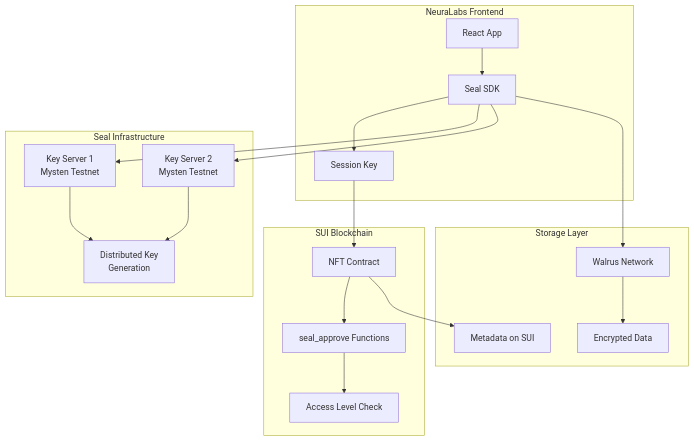
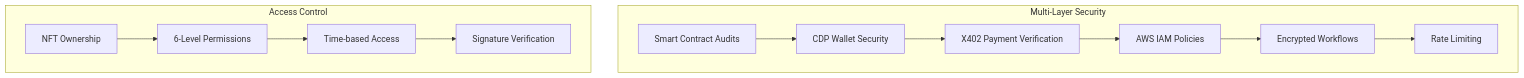
One commit to NeuraLabsHQ/neuralabs-coinbase changed diagram 12 of 12 in readme.md. Above: the diagram before and after it, drawn with Mermaid. The commit also changed other lines of this file, not shown here.

````diff
--- a/readme.md
+++ b/readme.md
@@ -1210,41 +757,16 @@
 ```mermaid
-graph TB
-    subgraph "NeuraLabs Frontend"
-        UI[React App]
-        SEAL_SDK[Seal SDK]
-        SESSION[Session Key]
+graph TD
+    subgraph "Multi-Layer Security"
+        L1[Smart Contract Audits] --> L2[CDP Wallet Security]
+        L2 --> L3[X402 Payment Verification]
+        L3 --> L4[AWS IAM Policies]
+        L4 --> L5[Encrypted Workflows]
+        L5 --> L6[Rate Limiting]
     end
     
-    subgraph "SUI Blockchain"
-        NFT[NFT Contract]
-        APPROVE[seal_approve Functions]
-        ACCESS[Access Level Check]
+    subgraph "Access Control"
+        A1[NFT Ownership] --> A2[6-Level Permissions]
+        A2 --> A3[Time-based Access]
+        A3 --> A4[Signature Verification]
     end
-    
-    subgraph "Seal Infrastructure"
-        KS1[Key Server 1<br/>Mysten Testnet]
-        KS2[Key Server 2<br/>Mysten Testnet]
-        DKG[Distributed Key<br/>Generation]
-    end
-    
-    subgraph "Storage Layer"
-        WALRUS[Walrus Network]
-        ENCRYPTED[Encrypted Data]
-        METADATA[Metadata on SUI]
-    end
-    
-    UI --> SEAL_SDK
-    SEAL_SDK --> SESSION
-    SESSION --> NFT
-    NFT --> APPROVE
-    APPROVE --> ACCESS
-    
-    SEAL_SDK --> KS1
-    SEAL_SDK --> KS2
-    KS1 --> DKG
-    KS2 --> DKG
-    
-    SEAL_SDK --> WALRUS
-    WALRUS --> ENCRYPTED
-    NFT --> METADATA
 ```
````
